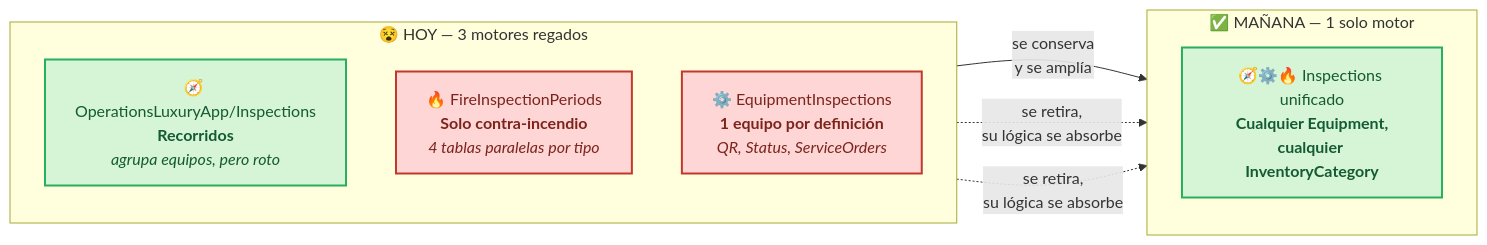
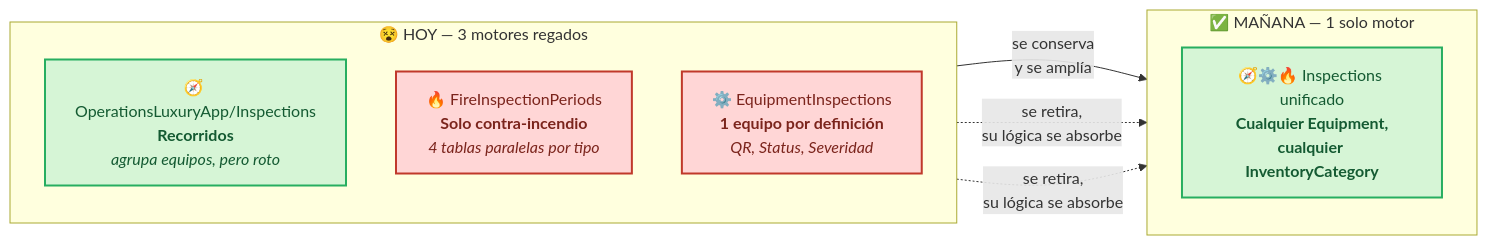
The first of 4 diagrams in docs/OperationsLuxuryApp/Inspections/20260929-plan-operations-inspections-recorridos.md (geshyrihu/luxury-app-general), drawn with Mermaid before and after one commit. The commit also changed other lines of this file and 2 other files, not shown here.

````diff
--- a/docs/OperationsLuxuryApp/Inspections/20260929-plan-operations-inspections-recorridos.md
+++ b/docs/OperationsLuxuryApp/Inspections/20260929-plan-operations-inspections-recorridos.md
@@ -19,21 +19,21 @@
 ```mermaid
 flowchart LR
     subgraph HOY["😵 HOY — 3 motores regados"]
         direction TB
         A1["🧭 OperationsLuxuryApp/Inspections<br/><b>Recorridos</b><br/><i>agrupa equipos, pero roto</i>"]
         A2["🔥 FireInspectionPeriods<br/><b>Solo contra-incendio</b><br/><i>4 tablas paralelas por tipo</i>"]
-        A3["⚙️ EquipmentInspections<br/><b>1 equipo por definición</b><br/><i>QR, Status, ServiceOrders</i>"]
+        A3["⚙️ EquipmentInspections<br/><b>1 equipo por definición</b><br/><i>QR, Status, Severidad</i>"]
     end
     subgraph MAÑANA["✅ MAÑANA — 1 solo motor"]
         direction TB
         B1["🧭⚙️🔥 Inspections unificado<br/><b>Cualquier Equipment,<br/>cualquier InventoryCategory</b>"]
     end
     A1 -->|"se conserva<br/>y se amplía"| B1
     A2 -.->|"se retira,<br/>su lógica se absorbe"| B1
     A3 -.->|"se retira,<br/>su lógica se absorbe"| B1
 
     classDef retire fill:#ffd6d6,stroke:#c0392b,color:#7b241c,stroke-width:2px
     classDef keep fill:#d6f5d6,stroke:#27ae60,color:#145a32,stroke-width:2px
     class A2,A3 retire
     class A1,B1 keep
 ```
````
